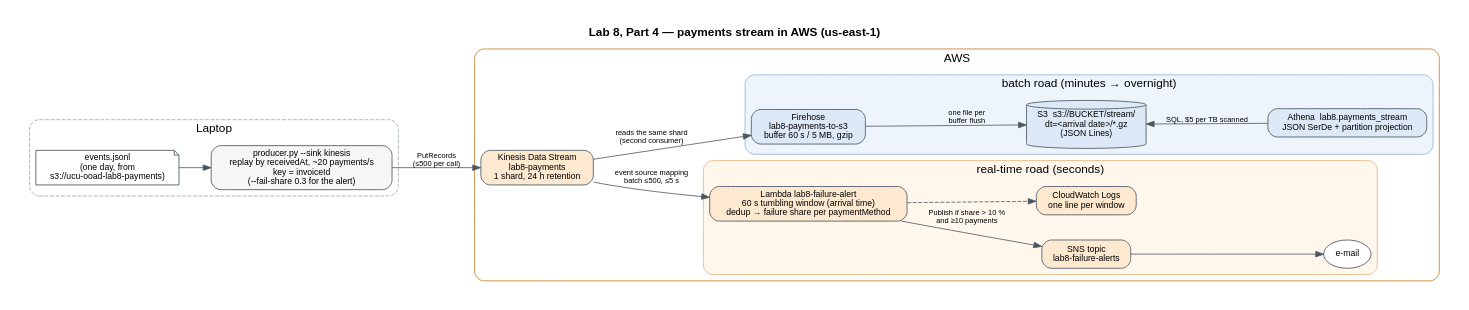
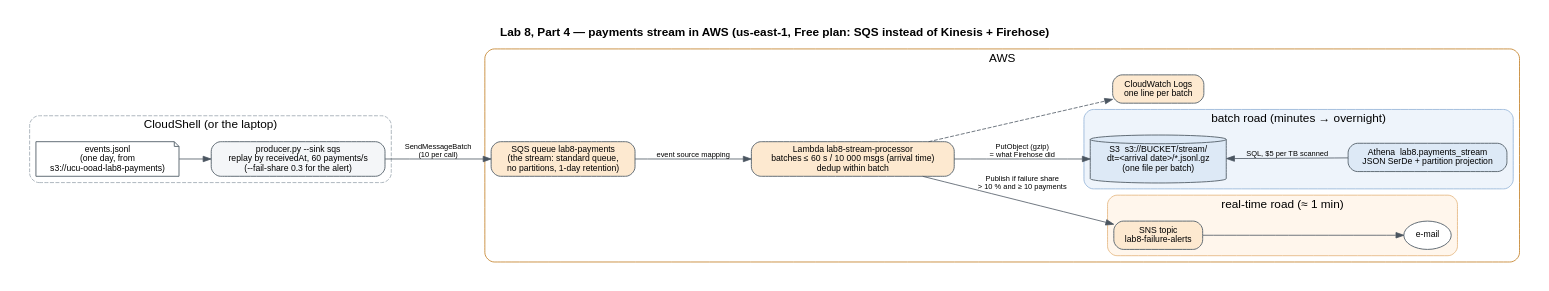
The diagram in docs/lab8/part4-pipeline.dot (yuliiayakymiv/spry), drawn with Graphviz before and after one commit. The commit also changed 3 other files, not shown here.

Commit message:
Lab 8: Part 3 and Part 4 results, Free-plan pipeline diagram

```diff
--- a/docs/lab8/part4-pipeline.dot
+++ b/docs/lab8/part4-pipeline.dot
@@ -1,36 +1,34 @@
 digraph lab8 {
   rankdir=LR; bgcolor="white"; pad=0.3; nodesep=0.45; ranksep=0.55;
   node [shape=box, style="rounded,filled", fontname="Helvetica", fontsize=11, fillcolor="#f4f6f8", color="#5b6770", penwidth=1.2];
   edge [fontname="Helvetica", fontsize=9.5, color="#4a5560"];
-  label="Lab 8, Part 4 — payments stream in AWS (us-east-1)"; labelloc=t; fontname="Helvetica-Bold"; fontsize=15;
+  label="Lab 8, Part 4 — payments stream in AWS (us-east-1, Free plan: SQS instead of Kinesis + Firehose)"; labelloc=t; fontname="Helvetica-Bold"; fontsize=15;
 
-  subgraph cluster_laptop { label="Laptop"; style="rounded,dashed"; color="#9aa5ae"; fontname="Helvetica";
+  subgraph cluster_src { label="CloudShell (or the laptop)"; style="rounded,dashed"; color="#9aa5ae"; fontname="Helvetica";
     data [label="events.jsonl\n(one day, from\ns3://ucu-ooad-lab8-payments)", shape=note, fillcolor="#ffffff"];
-    prod [label="producer.py --sink kinesis\nreplay by receivedAt, ~20 payments/s\nkey = invoiceId\n(--fail-share 0.3 for the alert)"];
+    prod [label="producer.py --sink sqs\nreplay by receivedAt, 60 payments/s\n(--fail-share 0.3 for the alert)"];
     data -> prod;
   }
 
   subgraph cluster_aws { label="AWS"; style="rounded"; color="#c0791b"; fontname="Helvetica";
-    kds  [label="Kinesis Data Stream\nlab8-payments\n1 shard, 24 h retention", fillcolor="#fde9d0"];
-    subgraph cluster_rt { label="real-time road (seconds)"; style="rounded,filled"; fillcolor="#fff6ec"; color="#e3b37a";
-      lam  [label="Lambda lab8-failure-alert\n60 s tumbling window (arrival time)\ndedup → failure share per paymentMethod", fillcolor="#fde9d0"];
+    sqs  [label="SQS queue lab8-payments\n(the stream: standard queue,\nno partitions, 1-day retention)", fillcolor="#fde9d0"];
+    lam  [label="Lambda lab8-stream-processor\nbatches ≤ 60 s / 10 000 msgs (arrival time)\ndedup within batch", fillcolor="#fde9d0"];
+    subgraph cluster_rt { label="real-time road (≈ 1 min)"; style="rounded,filled"; fillcolor="#fff6ec"; color="#e3b37a";
       sns  [label="SNS topic\nlab8-failure-alerts", fillcolor="#fde9d0"];
       mail [label="e-mail", shape=ellipse, fillcolor="#ffffff"];
-      cw   [label="CloudWatch Logs\none line per window", fillcolor="#fde9d0"];
     }
     subgraph cluster_batch { label="batch road (minutes → overnight)"; style="rounded,filled"; fillcolor="#eef4fb"; color="#8fb0d6";
-      fh   [label="Firehose\nlab8-payments-to-s3\nbuffer 60 s / 5 MB, gzip", fillcolor="#dde9f6"];
-      s3   [label="S3  s3://BUCKET/stream/\ndt=<arrival date>/*.gz\n(JSON Lines)", shape=cylinder, fillcolor="#dde9f6"];
+      s3   [label="S3  s3://BUCKET/stream/\ndt=<arrival date>/*.jsonl.gz\n(one file per batch)", shape=cylinder, fillcolor="#dde9f6"];
       ath  [label="Athena  lab8.payments_stream\nJSON SerDe + partition projection", fillcolor="#dde9f6"];
     }
+    cw [label="CloudWatch Logs\none line per batch", fillcolor="#fde9d0"];
   }
 
-  prod -> kds [label="PutRecords\n(≤500 per call)"];
-  kds  -> lam [label="event source mapping\nbatch ≤500, ≤5 s"];
-  lam  -> sns [label="Publish if share > 10 %\nand ≥10 payments"];
+  prod -> sqs [label="SendMessageBatch\n(10 per call)"];
+  sqs  -> lam [label="event source mapping"];
+  lam  -> s3  [label="PutObject (gzip)\n= what Firehose did"];
+  lam  -> sns [label="Publish if failure share\n> 10 % and ≥ 10 payments"];
   sns  -> mail;
   lam  -> cw  [style=dashed];
-  kds  -> fh  [label="reads the same shard\n(second consumer)"];
-  fh   -> s3  [label="one file per\nbuffer flush"];
   s3   -> ath [label="SQL, $5 per TB scanned", dir=back];
 }
```
